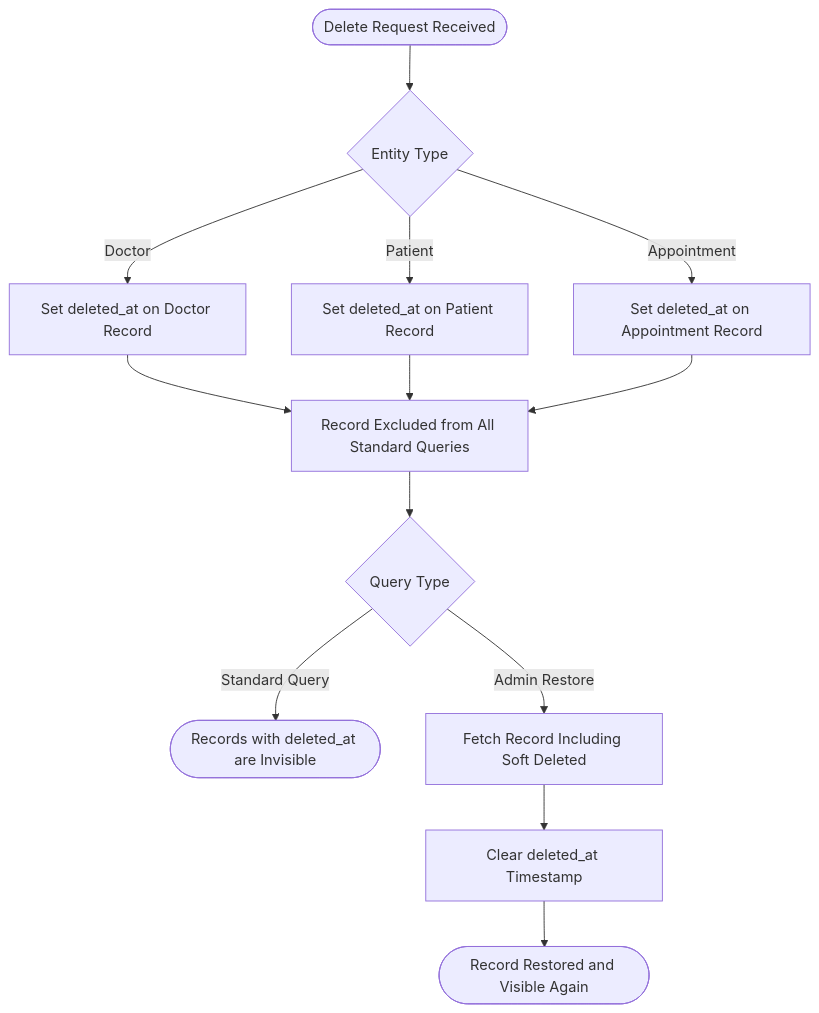
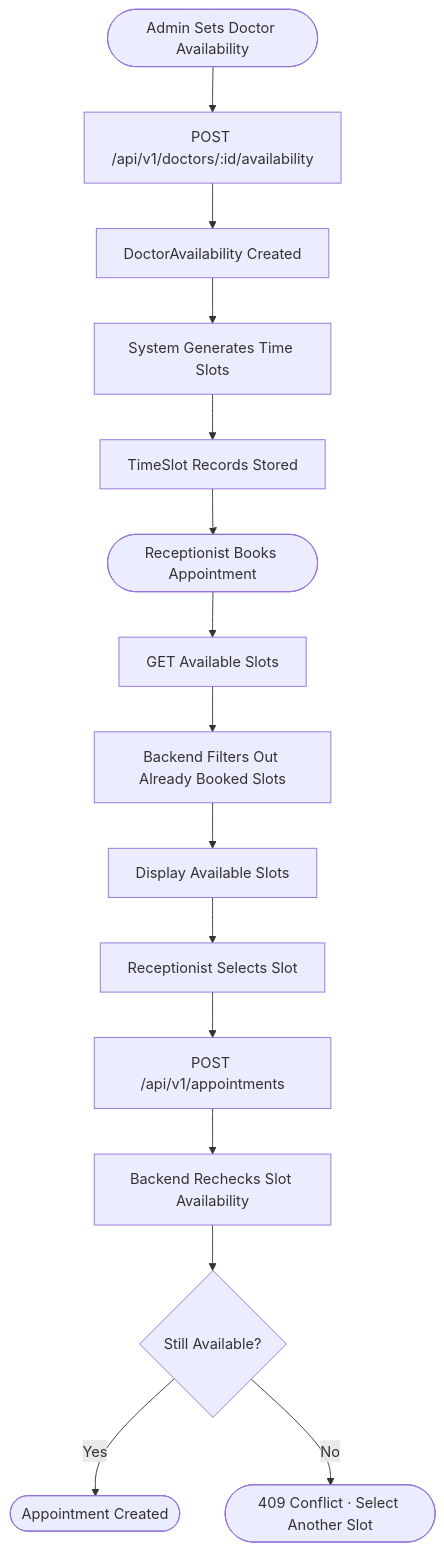
Diagram 11 of 12 in docs/04-Flow-Design.md (AmbyHasan/HMS), drawn with Mermaid before and after one commit. The commit also changed other lines of this file, not shown here.

Commit message:
Fix flow design doc

````diff
--- a/docs/04-Flow-Design.md
+++ b/docs/04-Flow-Design.md
@@ -333,17 +327,18 @@
 ```mermaid
 flowchart TD
-    A([Delete Request Received]) --> B{Entity Type}
-    B -- Doctor --> C[Set deleted_at on Doctor Record]
-    B -- Patient --> D[Set deleted_at on Patient Record]
-    B -- Appointment --> E[Set deleted_at on Appointment Record]
+    A([Admin Sets Doctor Availability]) --> B[POST /api/v1/doctors/:id/availability]
+    B --> C[DoctorAvailability Created]
+    C --> D[System Generates Time Slots]
+    D --> E[TimeSlot Records Stored]
 
-    C --> F[Record Excluded from All Standard Queries]
-    D --> F
-    E --> F
-
-    F --> G{Query Type}
-    G -- Standard Query --> H([Records with deleted_at are Invisible])
-    G -- Admin Restore --> I[Fetch Record Including Soft Deleted]
-    I --> J[Clear deleted_at Timestamp]
-    J --> K([Record Restored and Visible Again])
+    E --> F([Receptionist Books Appointment])
+    F --> G[GET Available Slots]
+    G --> H[Backend Filters Out Already Booked Slots]
+    H --> I[Display Available Slots]
+    I --> J[Receptionist Selects Slot]
+    J --> K[POST /api/v1/appointments]
+    K --> L[Backend Rechecks Slot Availability]
+    L --> M{Still Available?}
+    M -- Yes --> N([Appointment Created])
+    M -- No --> O([409 Conflict · Select Another Slot])
 ```
````
